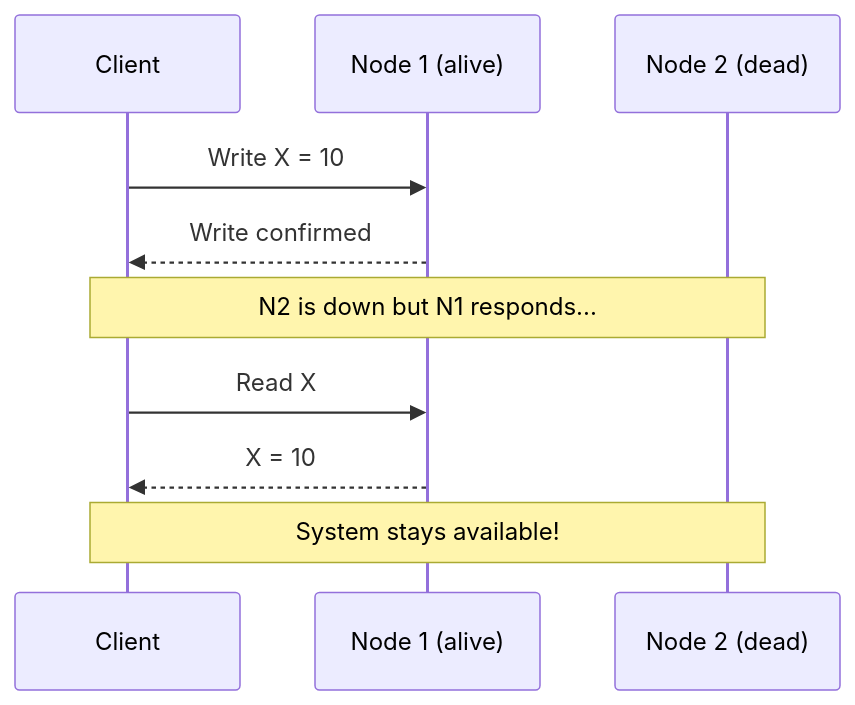
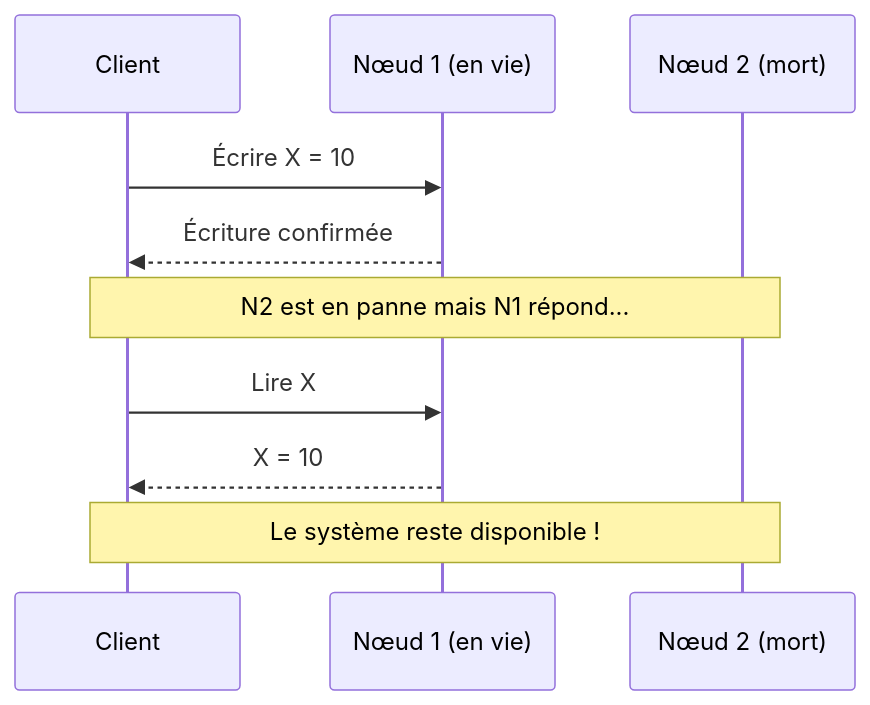
The third of 12 diagrams in src/data-store/02-cap-theorem.md (dardourimohamed/distributed-systems-course), drawn with Mermaid before and after one commit. The commit also changed other lines of this file and 38 other files, not shown here.

````diff
--- a/src/data-store/02-cap-theorem.md
+++ b/src/data-store/02-cap-theorem.md
@@ -71,16 +71,16 @@
 ```mermaid
 sequenceDiagram
     participant C as Client
-    participant N1 as Node 1 (alive)
-    participant N2 as Node 2 (dead)
+    participant N1 as Nœud 1 (en vie)
+    participant N2 as Nœud 2 (mort)
 
-    C->>N1: Write X = 10
-    N1-->>C: Write confirmed
+    C->>N1: Écrire X = 10
+    N1-->>C: Écriture confirmée
 
-    Note over C,N2: N2 is down but N1 responds...
+    Note over C,N2: N2 est en panne mais N1 répond...
 
-    C->>N1: Read X
+    C->>N1: Lire X
     N1-->>C: X = 10
 
-    Note over C,N2: System stays available!
+    Note over C,N2: Le système reste disponible !
 ```
````
